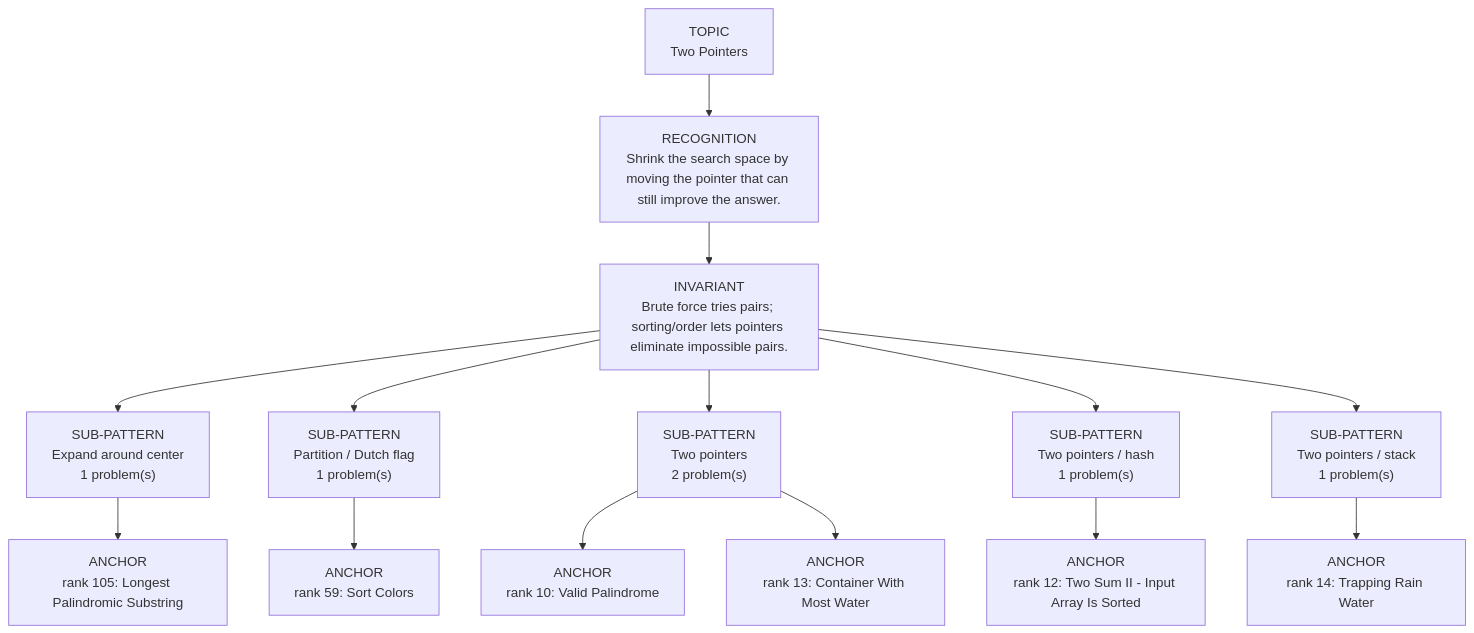
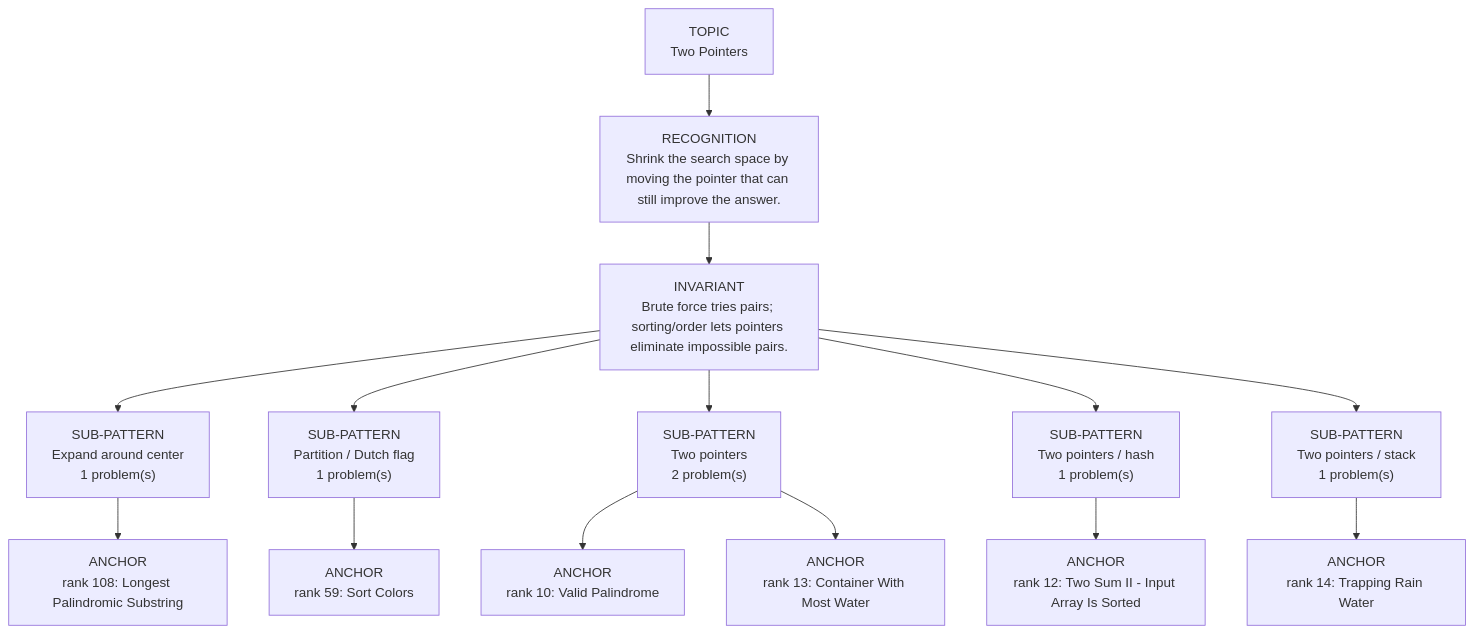
The diagram in dsa-review/interview/patterns/06_two_pointers.md (thechiranjeevjain/DSA10days), drawn with Mermaid before and after one commit. The commit also changed other lines of this file and 51 other files, not shown here.

````diff
--- a/dsa-review/interview/patterns/06_two_pointers.md
+++ b/dsa-review/interview/patterns/06_two_pointers.md
@@ -15,18 +15,18 @@
 ```mermaid
 flowchart TD
   Topic["TOPIC<br/>Two Pointers"]
   Recognition["RECOGNITION<br/>Shrink the search space by moving the pointer that can still improve the answer."]
   Invariant["INVARIANT<br/>Brute force tries pairs; sorting/order lets pointers eliminate impossible pairs."]
   Topic --> Recognition --> Invariant
   Invariant --> Sub01["SUB-PATTERN<br/>Expand around center<br/>1 problem(s)"]
-  Sub01 --> Sub01A01["ANCHOR<br/>rank 105: Longest Palindromic Substring"]
+  Sub01 --> Sub01A01["ANCHOR<br/>rank 108: Longest Palindromic Substring"]
   Invariant --> Sub02["SUB-PATTERN<br/>Partition / Dutch flag<br/>1 problem(s)"]
   Sub02 --> Sub02A01["ANCHOR<br/>rank 59: Sort Colors"]
   Invariant --> Sub03["SUB-PATTERN<br/>Two pointers<br/>2 problem(s)"]
   Sub03 --> Sub03A01["ANCHOR<br/>rank 10: Valid Palindrome"]
   Sub03 --> Sub03A02["ANCHOR<br/>rank 13: Container With Most Water"]
   Invariant --> Sub04["SUB-PATTERN<br/>Two pointers / hash<br/>1 problem(s)"]
   Sub04 --> Sub04A01["ANCHOR<br/>rank 12: Two Sum II - Input Array Is Sorted"]
   Invariant --> Sub05["SUB-PATTERN<br/>Two pointers / stack<br/>1 problem(s)"]
   Sub05 --> Sub05A01["ANCHOR<br/>rank 14: Trapping Rain Water"]
 ```
````
